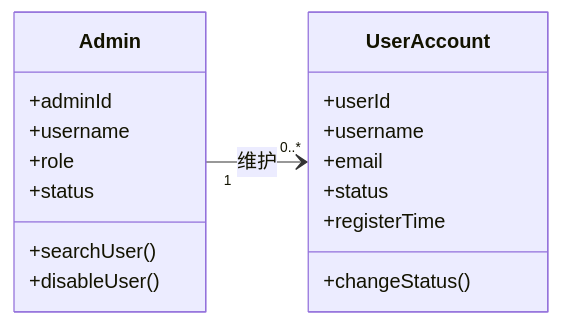
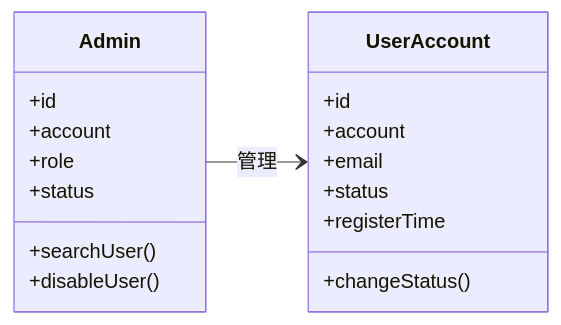
Before and after one commit to Able034/smart-resume-platform: the fourth of 4 diagrams in docs/领域建模.md, drawn with Mermaid. The commit also changed other lines of this file and 176 other files, not shown here.

````diff
--- a/docs/领域建模.md
+++ b/docs/领域建模.md
@@ -690,24 +355,24 @@
 ```mermaid
 classDiagram
 direction LR
 
 class Admin {
-  +adminId
-  +username
+  +id
+  +account
   +role
   +status
   +searchUser()
   +disableUser()
 }
 
 class UserAccount {
-  +userId
-  +username
+  +id
+  +account
   +email
   +status
   +registerTime
   +changeStatus()
 }
 
-Admin "1" --> "0..*" UserAccount : 维护
+Admin --> UserAccount : 管理
 ```
````
